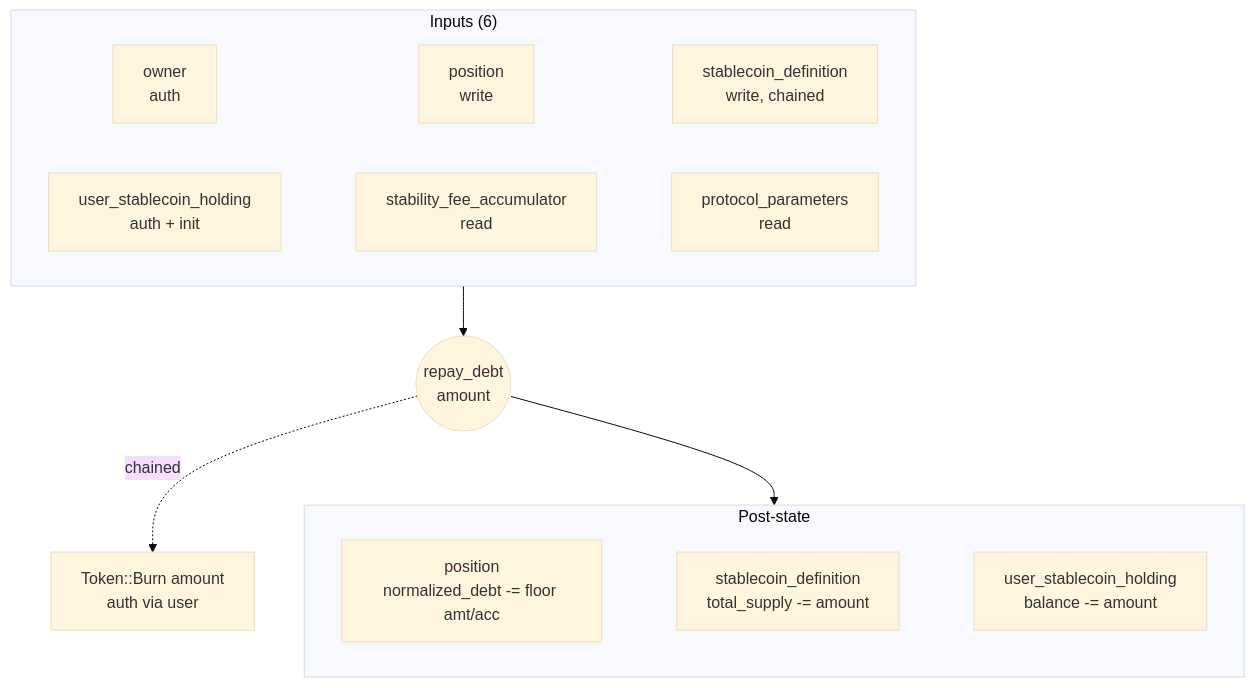
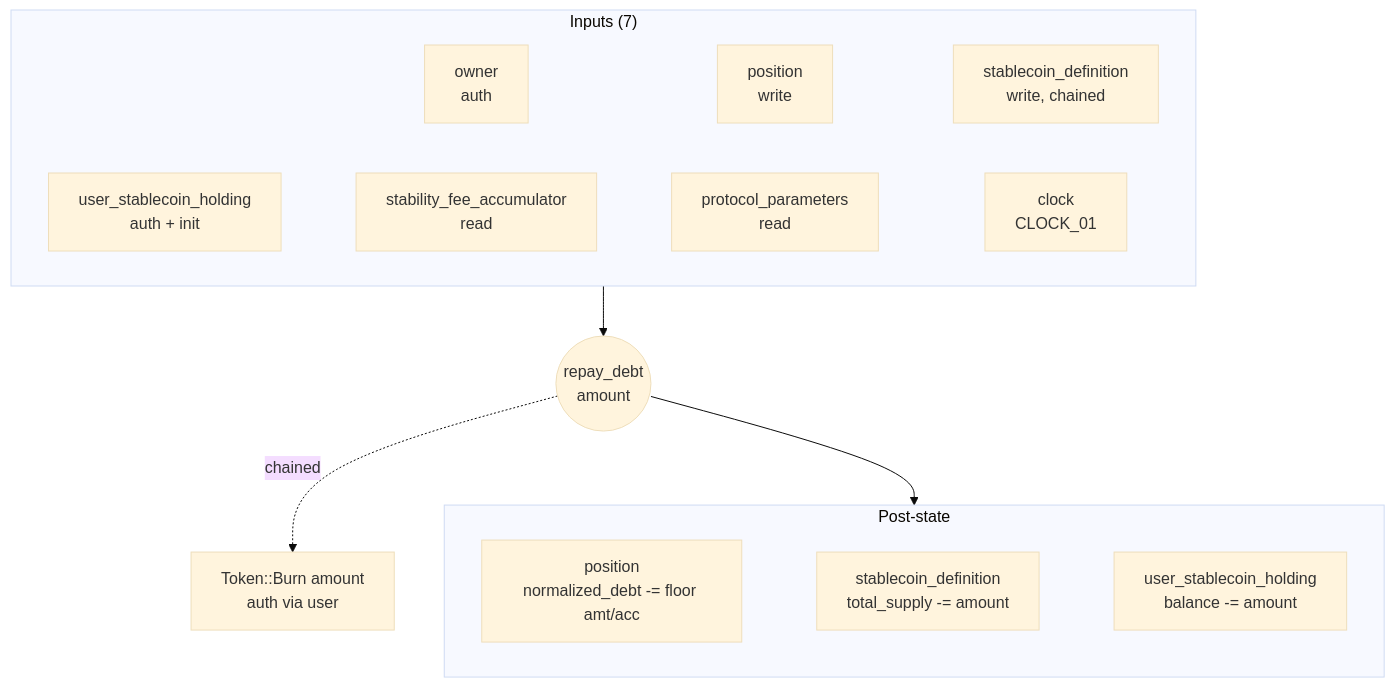
Before and after one commit to logos-blockchain/lez-programs: diagram 11 of 14 in docs/stablecoin/README.md, drawn with Mermaid (base theme). The commit also changed other lines of this file, not shown here.

First line of the commit message:
docs(stablecoin): document the CLOCK_01 clock account

````diff
--- a/docs/stablecoin/README.md
+++ b/docs/stablecoin/README.md
@@ -1002,13 +1040,13 @@
 ```mermaid
 flowchart TD
-    subgraph In["Inputs (6)"]
+    subgraph In["Inputs (7)"]
         a1[owner<br/>auth] ~~~ a2[position<br/>write] ~~~ a3[stablecoin_definition<br/>write, chained]
-        a4[user_stablecoin_holding<br/>auth + init] ~~~ a5[stability_fee_accumulator<br/>read] ~~~ a6[protocol_parameters<br/>read]
+        a4[user_stablecoin_holding<br/>auth + init] ~~~ a5[stability_fee_accumulator<br/>read] ~~~ a6[protocol_parameters<br/>read] ~~~ a7[clock<br/>CLOCK_01]
     end
     subgraph Post["Post-state"]
         p1[position<br/>normalized_debt -= floor amt/acc] ~~~ p2[stablecoin_definition<br/>total_supply -= amount] ~~~ p3[user_stablecoin_holding<br/>balance -= amount]
     end
     In --> Ins((repay_debt<br/>amount))
     Ins --> Post
     Ins -.chained.-> C1[Token::Burn amount<br/>auth via user]
 ```
````
